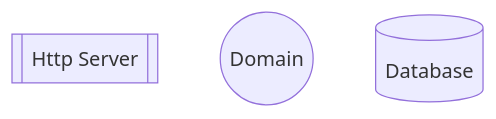
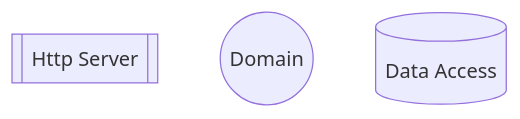
Before and after one commit to mouseless/baked: the second of 4 diagrams in docs/architecture/README.md, drawn with Mermaid. The commit also changed other lines of this file and 2 other files, not shown here.

Commit message:
fix architecture docs to fit actual names

````diff
--- a/docs/architecture/README.md
+++ b/docs/architecture/README.md
@@ -44,6 +44,6 @@
 ```mermaid
 flowchart
   HS[[Http Server]]
   D((Domain))
-  DB[(Database)]
+  DA[(Data Access)]
 ```
````
